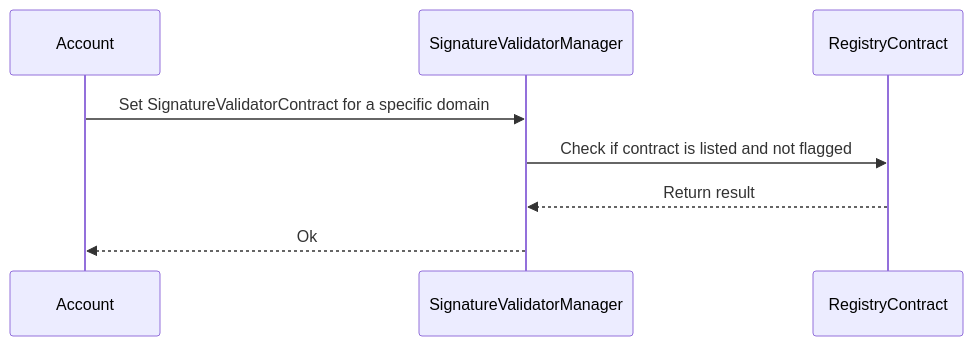
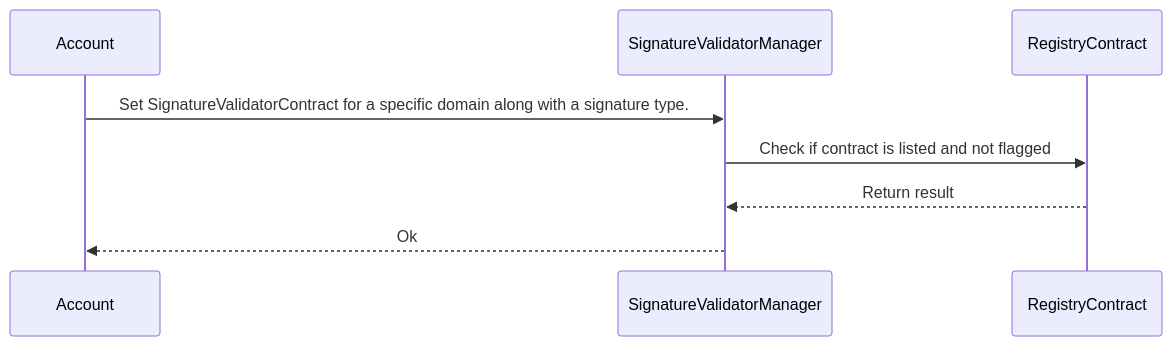
The first of 2 diagrams in modules/README.md (5afe/safe-core-protocol-specs), drawn with Mermaid before and after one commit. The commit also changed other lines of this file, not shown here.

Commit message:
[#43] Introduce signature types

````diff
--- a/modules/README.md
+++ b/modules/README.md
@@ -182,11 +193,11 @@
 ```mermaid
 sequenceDiagram
 	participant Account
 	participant SignatureValidatorManager
 	participant RegistryContract
 
-	Account->>SignatureValidatorManager: Set SignatureValidatorContract for a specific domain
+	Account->>SignatureValidatorManager: Set SignatureValidatorContract for a specific domain along with a signature type.
 		SignatureValidatorManager->>RegistryContract: Check if contract is listed and not flagged
 		RegistryContract-->>SignatureValidatorManager: Return result
     SignatureValidatorManager-->>Account: Ok
 ```
````
